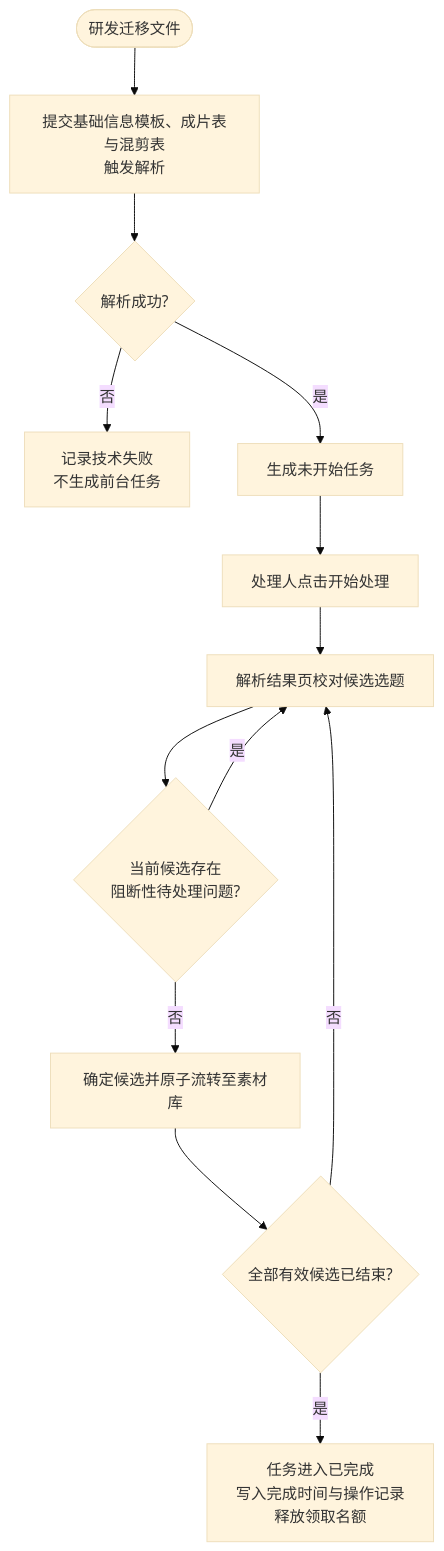
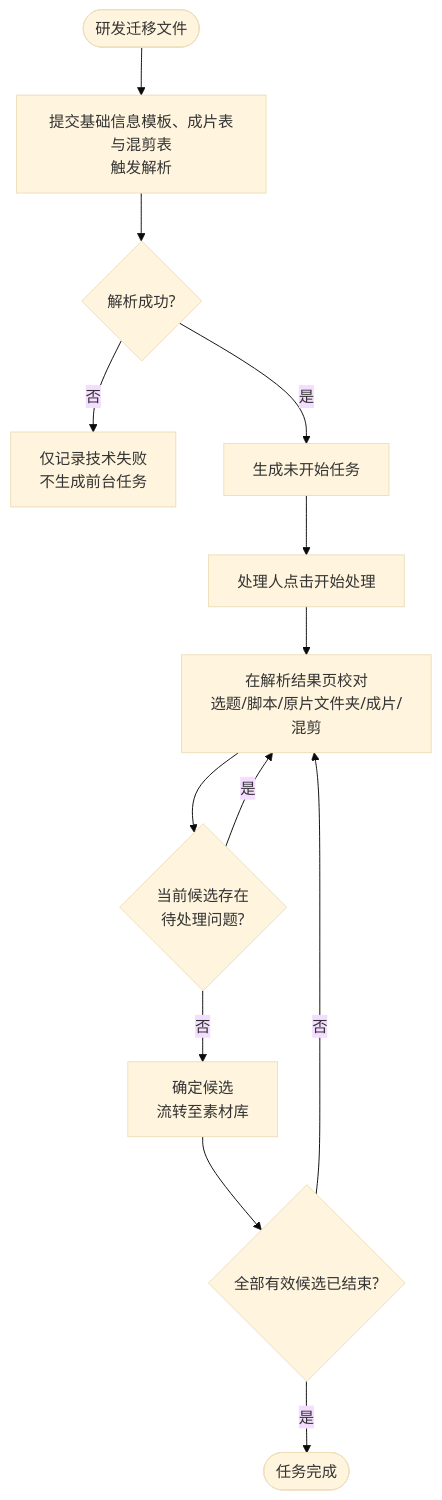
One commit to e3870732-droid/heshu-video-management-demo changed the third of 4 diagrams in 素材库PRD_V113.6_公司模板版.md. Above: the diagram before and after it, drawn with Mermaid (base theme). The commit also changed other lines of this file, not shown here.

````diff
--- a/素材库PRD_V113.6_公司模板版.md
+++ b/素材库PRD_V113.6_公司模板版.md
@@ -91,15 +660,15 @@
 ```mermaid
 flowchart TD
     A([研发迁移文件]) --> B[提交基础信息模板、成片表与混剪表<br/>触发解析]
     B --> C{解析成功?}
-    C -->|否| D[记录技术失败<br/>不生成前台任务]
+    C -->|否| D[仅记录技术失败<br/>不生成前台任务]
     C -->|是| E[生成未开始任务]
     E --> F[处理人点击开始处理]
-    F --> G[解析结果页校对候选选题]
-    G --> H{当前候选存在<br/>阻断性待处理问题?}
+    F --> G[在解析结果页校对<br/>选题/脚本/原片文件夹/成片/混剪]
+    G --> H{当前候选存在<br/>待处理问题?}
     H -->|是| G
-    H -->|否| I[确定候选并原子流转至素材库]
+    H -->|否| I[确定候选<br/>流转至素材库]
     I --> J{全部有效候选已结束?}
     J -->|否| G
-    J -->|是| K[任务进入已完成<br/>写入完成时间与操作记录<br/>释放领取名额]
+    J -->|是| K([任务完成])
 ```
````
